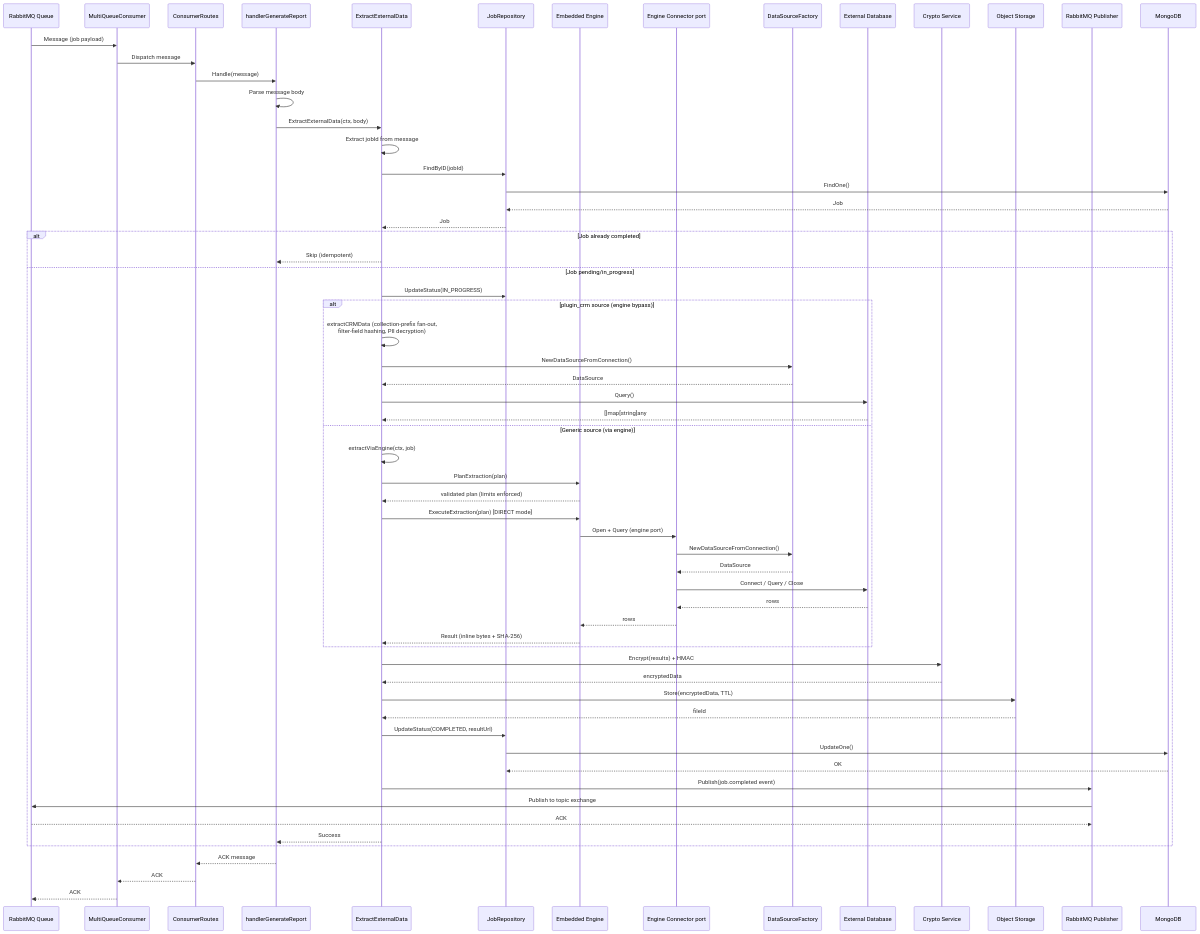
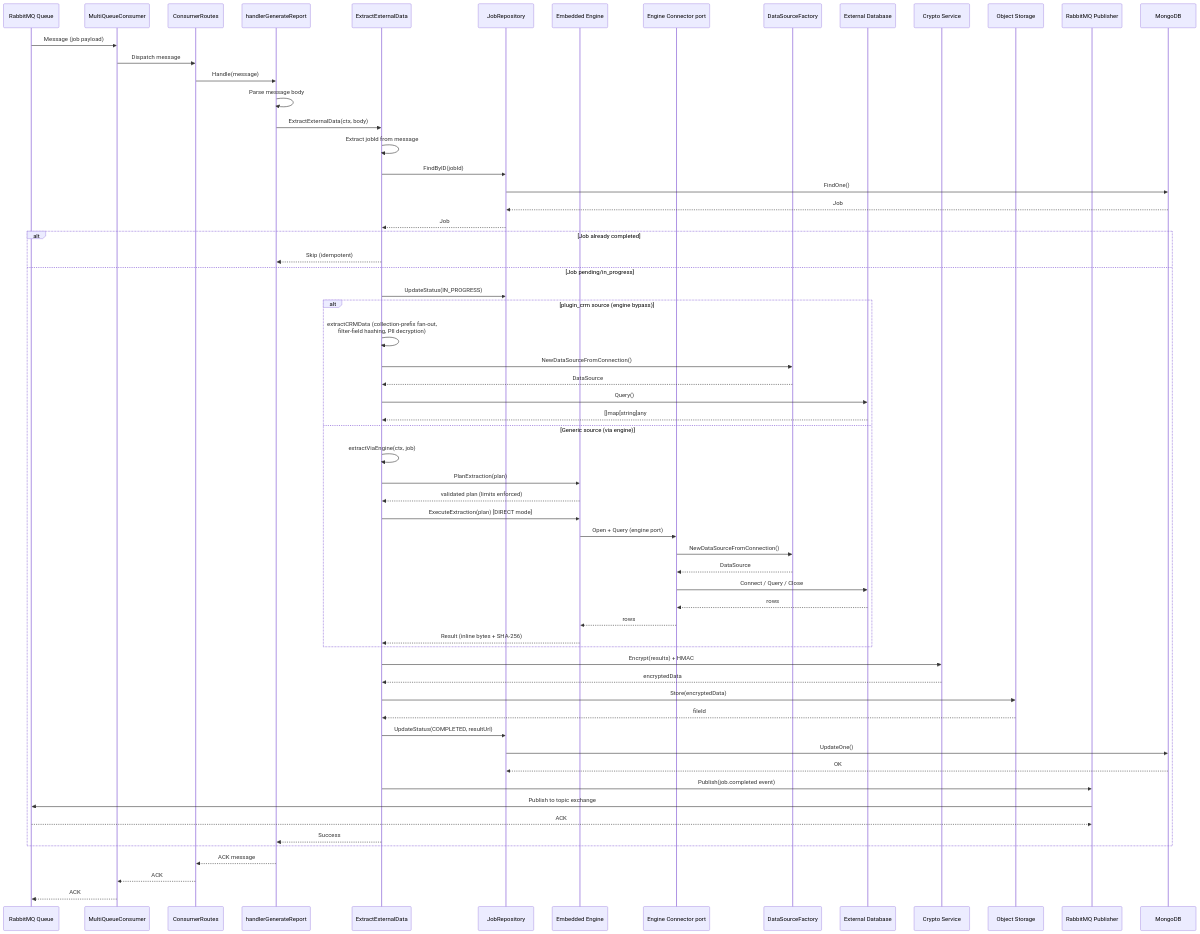
One commit to LerianStudio/fetcher changed the ninth of 9 diagrams in docs/PROJECT_RULES.md. Above: the diagram before and after it, drawn with Mermaid. The commit also changed 6 other files, not shown here.

````diff
--- a/docs/PROJECT_RULES.md
+++ b/docs/PROJECT_RULES.md
@@ -908,74 +908,74 @@
 ```mermaid
 sequenceDiagram
     participant RabbitMQ as RabbitMQ Queue
     participant Consumer as MultiQueueConsumer
     participant Routes as ConsumerRoutes
     participant Handler as handlerGenerateReport
     participant UseCase as ExtractExternalData
     participant JobRepo as JobRepository
     participant Engine as Embedded Engine
     participant Connector as Engine Connector port
     participant Factory as DataSourceFactory
     participant ExternalDB as External Database
     participant Cryptor as Crypto Service
     participant Storage as Object Storage
     participant Publisher as RabbitMQ Publisher
     participant MongoDB
 
     RabbitMQ->>Consumer: Message (job payload)
     Consumer->>Routes: Dispatch message
     Routes->>Handler: Handle(message)
     Handler->>Handler: Parse message body
     Handler->>UseCase: ExtractExternalData(ctx, body)
 
     UseCase->>UseCase: Extract jobId from message
     UseCase->>JobRepo: FindByID(jobId)
     JobRepo->>MongoDB: FindOne()
     MongoDB-->>JobRepo: Job
     JobRepo-->>UseCase: Job
 
     alt Job already completed
         UseCase-->>Handler: Skip (idempotent)
     else Job pending/in_progress
         UseCase->>JobRepo: UpdateStatus(IN_PROGRESS)
 
         alt plugin_crm source (engine bypass)
             UseCase->>UseCase: extractCRMData (collection-prefix fan-out,<br/>filter-field hashing, PII decryption)
             UseCase->>Factory: NewDataSourceFromConnection()
             Factory-->>UseCase: DataSource
             UseCase->>ExternalDB: Query()
             ExternalDB-->>UseCase: []map[string]any
         else Generic source (via engine)
             UseCase->>UseCase: extractViaEngine(ctx, job)
             UseCase->>Engine: PlanExtraction(plan)
             Engine-->>UseCase: validated plan (limits enforced)
             UseCase->>Engine: ExecuteExtraction(plan) [DIRECT mode]
             Engine->>Connector: Open + Query (engine port)
             Connector->>Factory: NewDataSourceFromConnection()
             Factory-->>Connector: DataSource
             Connector->>ExternalDB: Connect / Query / Close
             ExternalDB-->>Connector: rows
             Connector-->>Engine: rows
             Engine-->>UseCase: Result (inline bytes + SHA-256)
         end
 
         UseCase->>Cryptor: Encrypt(results) + HMAC
         Cryptor-->>UseCase: encryptedData
-        UseCase->>Storage: Store(encryptedData, TTL)
+        UseCase->>Storage: Store(encryptedData)
         Storage-->>UseCase: fileId
 
         UseCase->>JobRepo: UpdateStatus(COMPLETED, resultUrl)
         JobRepo->>MongoDB: UpdateOne()
         MongoDB-->>JobRepo: OK
 
         UseCase->>Publisher: Publish(job.completed event)
         Publisher->>RabbitMQ: Publish to topic exchange
         RabbitMQ-->>Publisher: ACK
 
         UseCase-->>Handler: Success
     end
 
     Handler-->>Routes: ACK message
     Routes-->>Consumer: ACK
     Consumer-->>RabbitMQ: ACK
 ```
````
